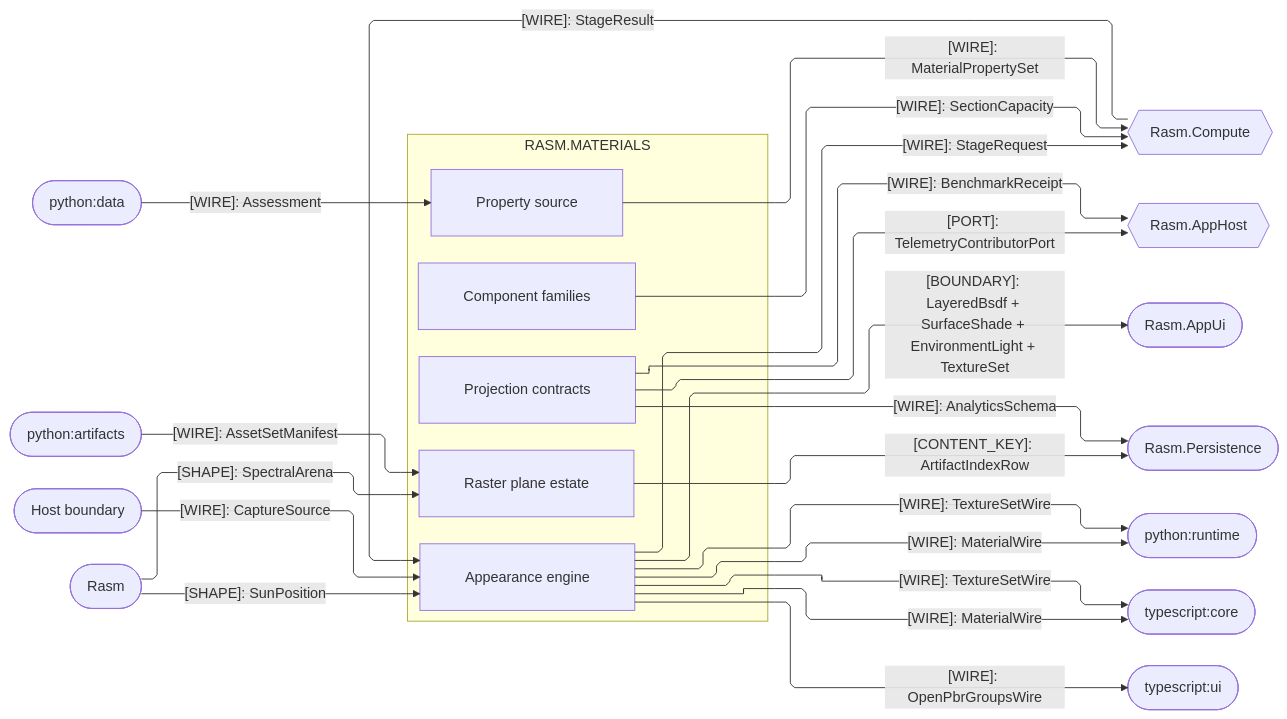
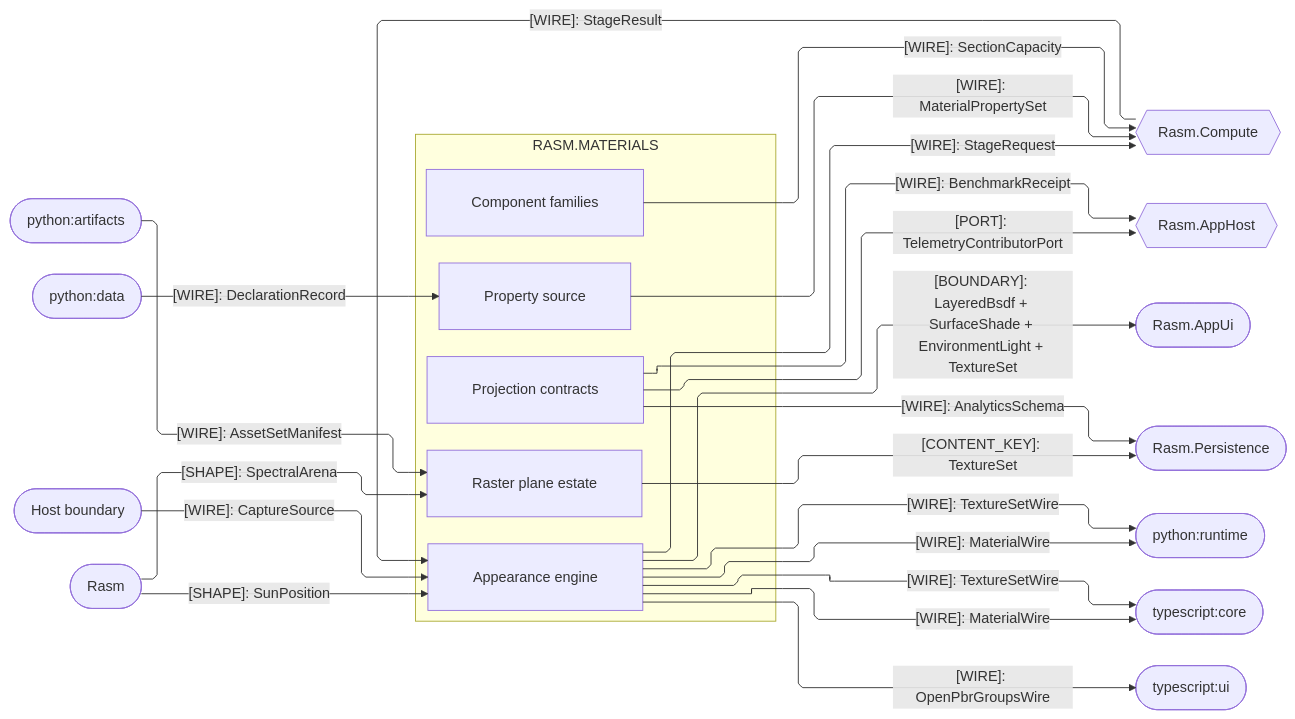
The third of 3 diagrams in libs/csharp/Rasm.Materials/ARCHITECTURE.md (bsamiee/Rasm), drawn with Mermaid before and after one commit. The commit also changed other lines of this file and 747 other files, not shown here.

````diff
--- a/libs/csharp/Rasm.Materials/ARCHITECTURE.md
+++ b/libs/csharp/Rasm.Materials/ARCHITECTURE.md
@@ -146,49 +148,49 @@
 ```mermaid
 ---
 config:
   layout: elk
   flowchart:
     curve: linear
     padding: 25
 ---
 flowchart LR
     accTitle: Materials platform, compute, and cross-runtime seams
-    accDescr: Materials sub-domain owners exchanging capacity, property, appearance, capture, telemetry, benchmark, and analytics wires plus artifact content keys with the kernel almanac, compute, the app host spine, the persistence store plane, the render host, the Python data peer, and the TypeScript core and viewer peers, one edge per contract family labeled by kind.
+    accDescr: Materials sub-domain owners exchanging capacity, property, appearance, capture, telemetry, benchmark, and analytics wires plus artifact content keys with the kernel almanac, compute, the app host spine, the persistence store plane, the render host, the Python artifacts and runtime peers, and the TypeScript core and viewer peers, one edge per contract family labeled by kind.
     subgraph materials[RASM.MATERIALS]
         Component[Component families]
         Properties[Property source]
         Appearance[Appearance engine]
         Raster[Raster plane estate]
         Projection[Projection contracts]
     end
     Compute{{Rasm.Compute}}
     AppHost{{Rasm.AppHost}}
     AppUi([Rasm.AppUi])
     Persistence([Rasm.Persistence])
-    DataPeer([python:data])
     PyArtifacts([python:artifacts])
+    PyData([python:data])
     PyRuntime([python:runtime])
     Core([typescript:core])
     Ui([typescript:ui])
     Host([Host boundary])
     Rasm([Rasm])
     Rasm e18@-->|"[SHAPE]: SunPosition"| Appearance
     Rasm e19@-->|"[SHAPE]: SpectralArena"| Raster
     Component e1@-->|"[WIRE]: SectionCapacity"| Compute
     Properties e2@-->|"[WIRE]: MaterialPropertySet"| Compute
-    DataPeer e3@-->|"[WIRE]: Assessment"| Properties
     Appearance e11@-->|"[WIRE]: StageRequest"| Compute
     Compute e12@-->|"[WIRE]: StageResult"| Appearance
     Appearance e4@-->|"[BOUNDARY]: LayeredBsdf + SurfaceShade + EnvironmentLight + TextureSet"| AppUi
     Appearance e5@-->|"[WIRE]: MaterialWire"| Core
     Appearance e13@-->|"[WIRE]: MaterialWire"| PyRuntime
     Appearance e14@-->|"[WIRE]: TextureSetWire"| Core
     Appearance e15@-->|"[WIRE]: TextureSetWire"| PyRuntime
     Appearance e6@-->|"[WIRE]: OpenPbrGroupsWire"| Ui
     PyArtifacts e16@-->|"[WIRE]: AssetSetManifest"| Raster
+    PyData e20@-->|"[WIRE]: DeclarationRecord"| Properties
     Host e7@-->|"[WIRE]: CaptureSource"| Appearance
     Projection e8@-->|"[PORT]: TelemetryContributorPort"| AppHost
     Projection e9@-->|"[WIRE]: BenchmarkReceipt"| AppHost
     Projection e10@-->|"[WIRE]: AnalyticsSchema"| Persistence
-    Raster e17@-->|"[CONTENT_KEY]: ArtifactIndexRow"| Persistence
+    Raster e17@-->|"[CONTENT_KEY]: TextureSet"| Persistence
 ```
````
